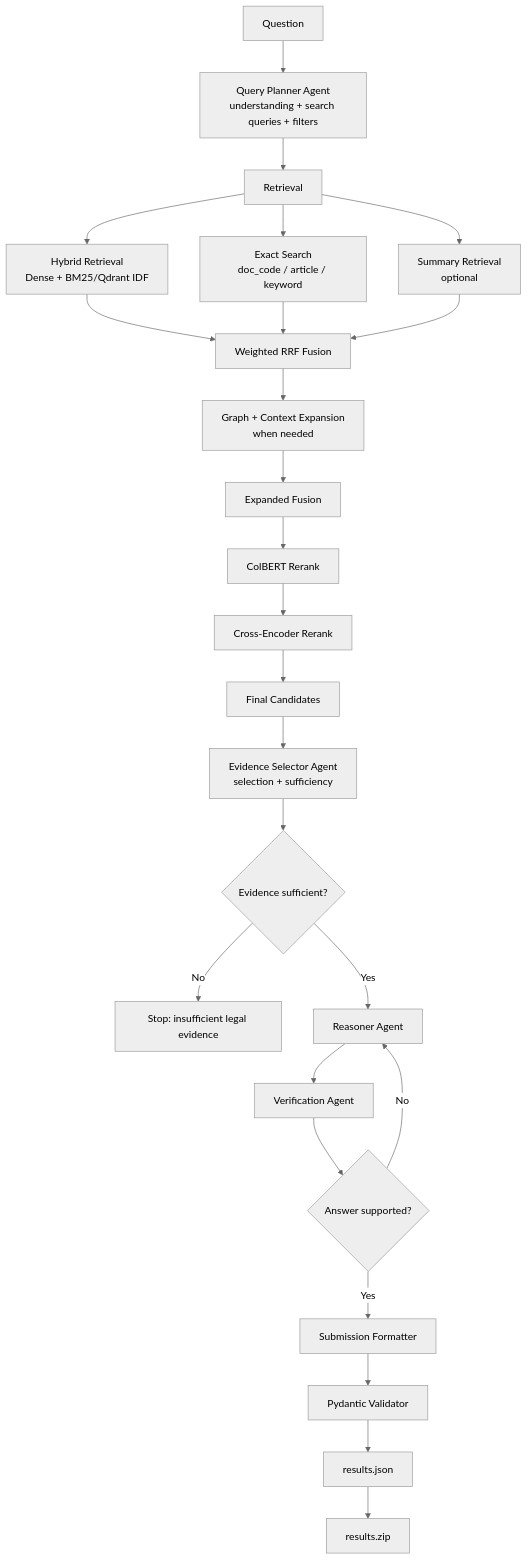
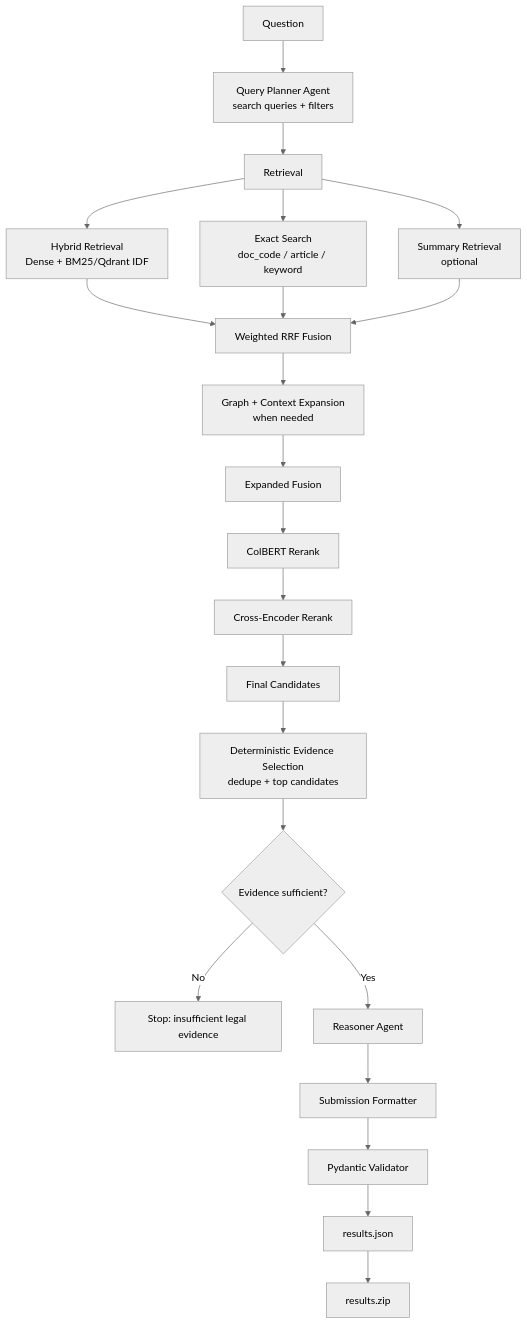
Before and after one commit to tutran27/legal-rag-agentic: the diagram in README.md, drawn with Mermaid (neutral theme). The commit also changed other lines of this file and 21 other files, not shown here.

````diff
--- a/README.md
+++ b/README.md
@@ -21,33 +21,30 @@
 ```mermaid
 flowchart TD
-    A["Question"] --> B["Query Planner Agent<br/>understanding + search queries + filters"]
+    A["Question"] --> B["Query Planner Agent<br/>search queries + filters"]
 
     B --> C["Retrieval"]
     C --> C1["Hybrid Retrieval<br/>Dense + BM25/Qdrant IDF"]
     C --> C2["Exact Search<br/>doc_code / article / keyword"]
     C --> C3["Summary Retrieval<br/>optional"]
 
     C1 --> D["Weighted RRF Fusion"]
     C2 --> D
     C3 --> D
 
     D --> E["Graph + Context Expansion<br/>when needed"]
     E --> F["Expanded Fusion"]
 
     F --> G["ColBERT Rerank"]
     G --> H["Cross-Encoder Rerank"]
     H --> I["Final Candidates"]
 
-    I --> J["Evidence Selector Agent<br/>selection + sufficiency"]
+    I --> J["Deterministic Evidence Selection<br/>dedupe + top candidates"]
     J --> K{"Evidence sufficient?"}
     K -- "No" --> X["Stop: insufficient legal evidence"]
     K -- "Yes" --> L["Reasoner Agent"]
 
-    L --> M["Verification Agent"]
-    M --> N{"Answer supported?"}
-    N -- "No" --> L
-    N -- "Yes" --> O["Submission Formatter"]
+    L --> O["Submission Formatter"]
     O --> P["Pydantic Validator"]
     P --> Q["results.json"]
     Q --> R["results.zip"]
 ```
````
